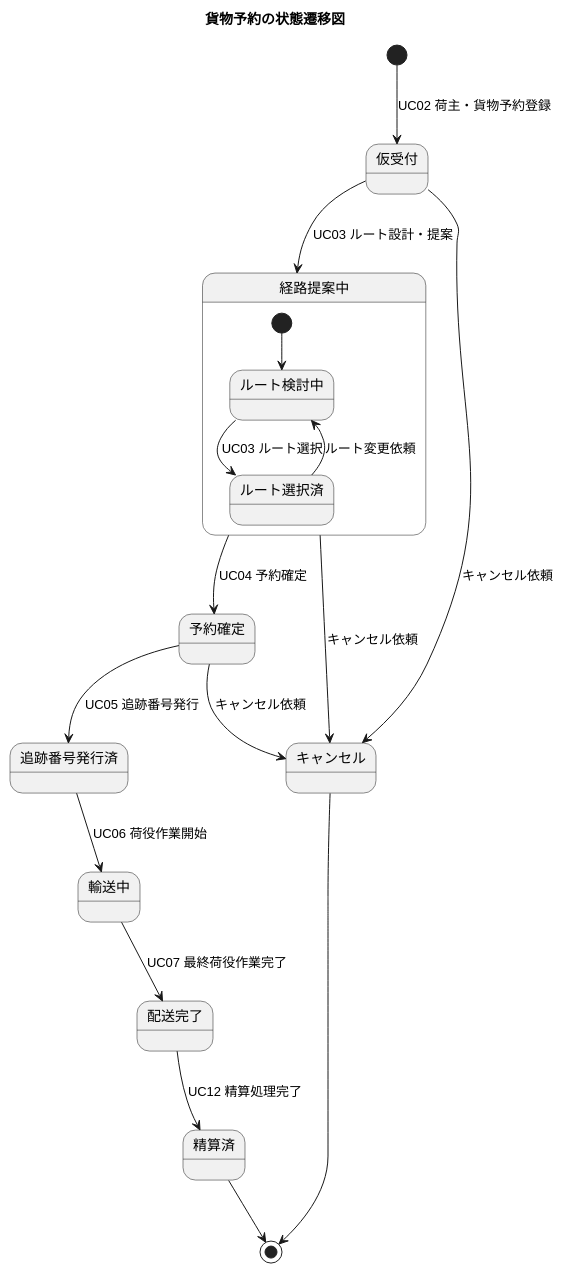
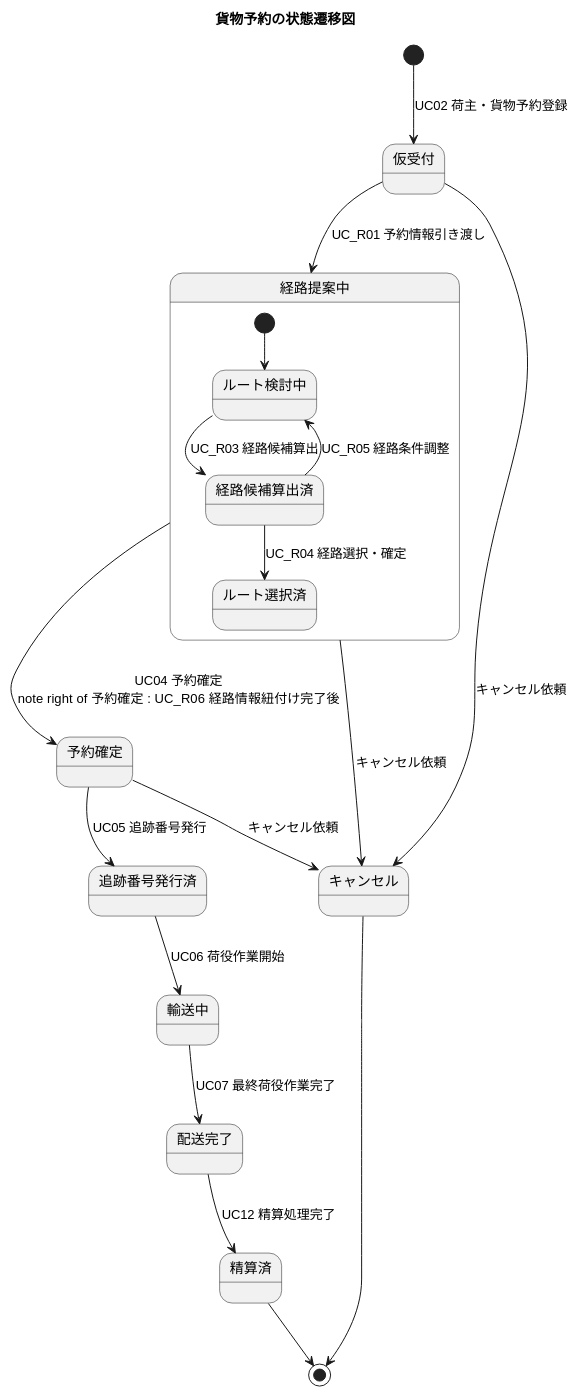
Diagram 20 of 21 in docs/requirements/requirements_definition.md (k2works/case-study-cargo-tracker), drawn with PlantUML before and after one commit. The commit also changed other lines of this file and 3 other files, not shown here.

````diff
--- a/docs/requirements/requirements_definition.md
+++ b/docs/requirements/requirements_definition.md
@@ -785,30 +1050,31 @@
 ```plantuml
 @startuml
 
 title 貨物予約の状態遷移図
 
 [*] --> 仮受付 : UC02 荷主・貨物予約登録
 
-仮受付 --> 経路提案中 : UC03 ルート設計・提案
+仮受付 --> 経路提案中 : UC_R01 予約情報引き渡し
 
 state 経路提案中 {
   [*] --> ルート検討中
-  ルート検討中 --> ルート選択済 : UC03 ルート選択
-  ルート選択済 --> ルート検討中 : ルート変更依頼
+  ルート検討中 --> 経路候補算出済 : UC_R03 経路候補算出
+  経路候補算出済 --> ルート選択済 : UC_R04 経路選択・確定
+  経路候補算出済 --> ルート検討中 : UC_R05 経路条件調整
 }
 
-経路提案中 --> 予約確定 : UC04 予約確定
+経路提案中 --> 予約確定 : UC04 予約確定\nnote right of 予約確定 : UC_R06 経路情報紐付け完了後
 予約確定 --> 追跡番号発行済 : UC05 追跡番号発行
 追跡番号発行済 --> 輸送中 : UC06 荷役作業開始
 
 輸送中 --> 配送完了 : UC07 最終荷役作業完了
 配送完了 --> 精算済 : UC12 精算処理完了
 精算済 --> [*]
 
 仮受付 --> キャンセル : キャンセル依頼
 経路提案中 --> キャンセル : キャンセル依頼
 予約確定 --> キャンセル : キャンセル依頼
 キャンセル --> [*]
 
 @enduml
 ```
````
